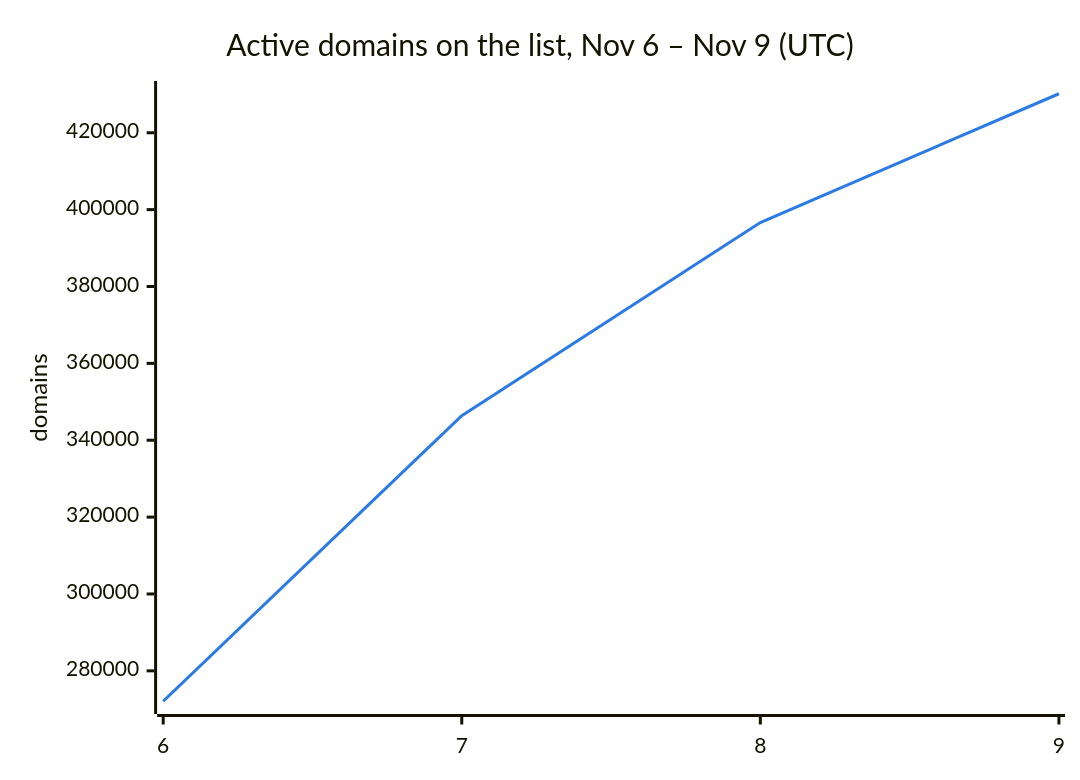
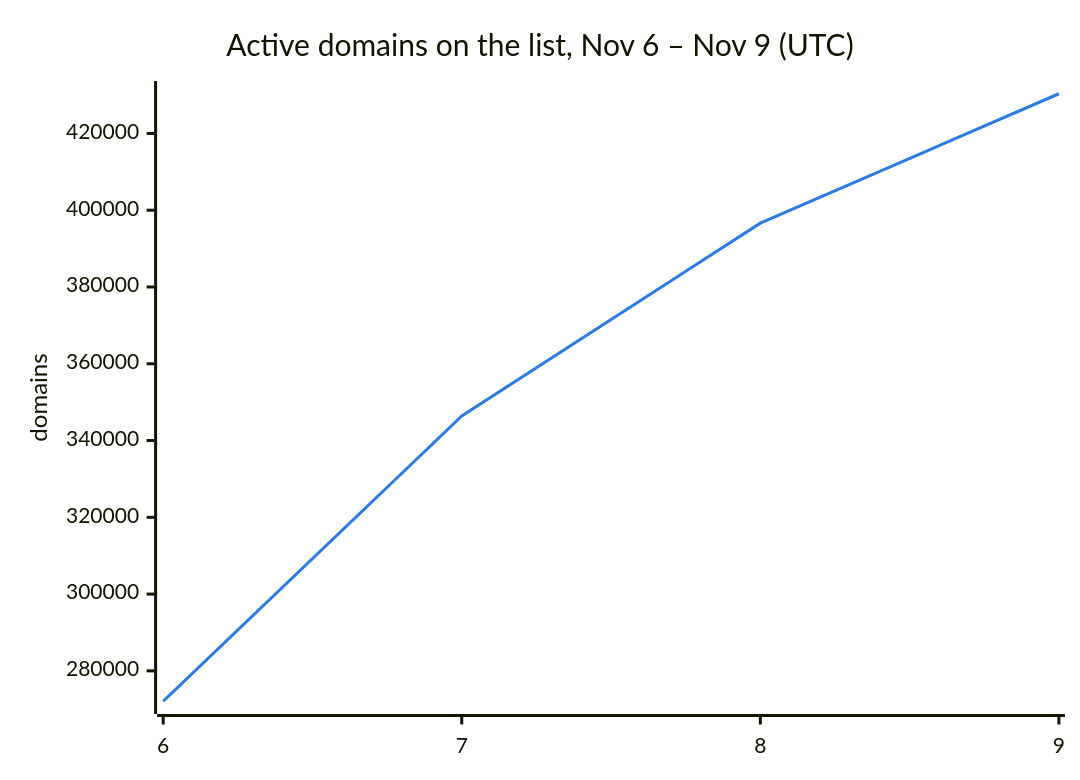
The second of 3 diagrams in README.md (DNSBunker/CTI), drawn with Mermaid before and after one commit. The commit also changed other lines of this file and 3 other files, not shown here.

````diff
--- a/README.md
+++ b/README.md
@@ -38,8 +38,8 @@
 ```mermaid
 %%{init: {"themeVariables": {"xyChart": {"plotColorPalette": "#2c7be5"}}}}%%
 xychart-beta
     title "Active domains on the list, Nov 6 – Nov 9 (UTC)"
     x-axis ["6", "7", "8", "9"]
     y-axis "domains"
-    line [272088, 346388, 396638, 430152]
+    line [272088, 346388, 396638, 430337]
 ```
````
